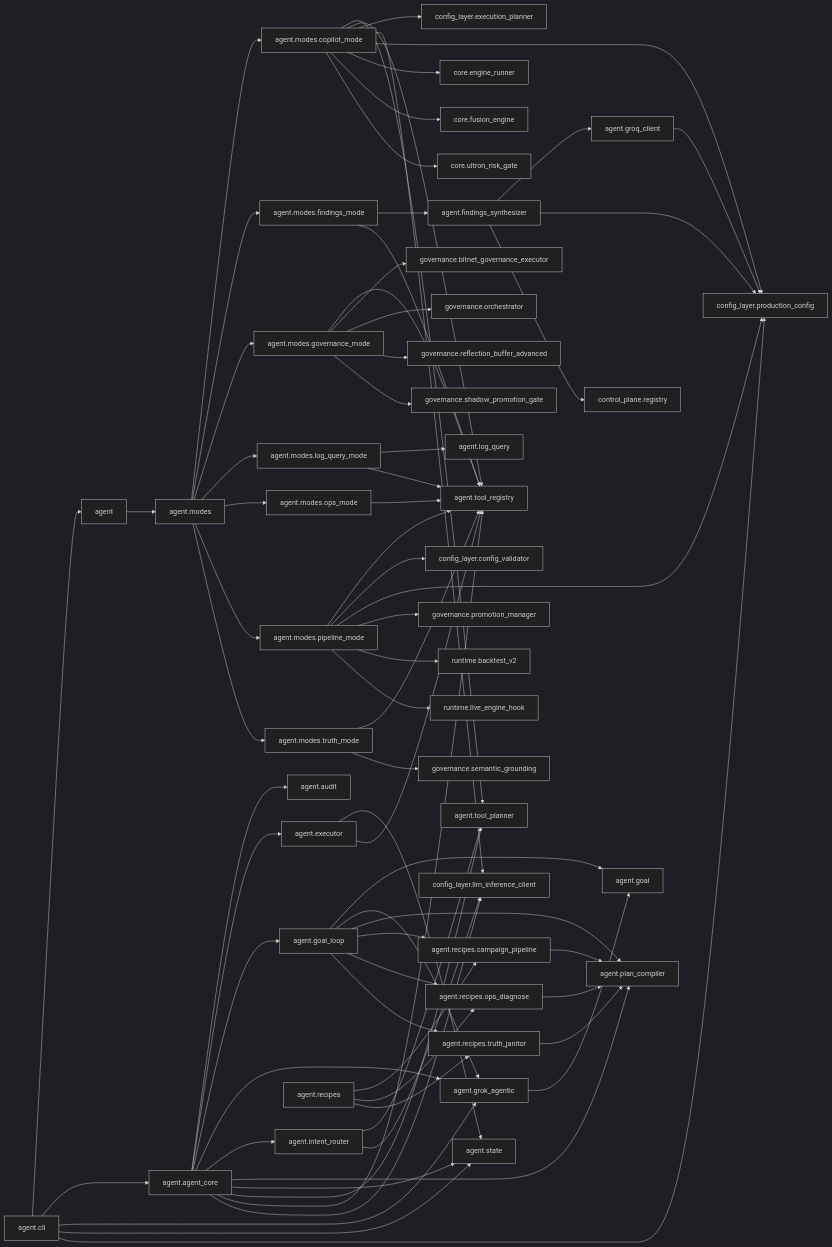
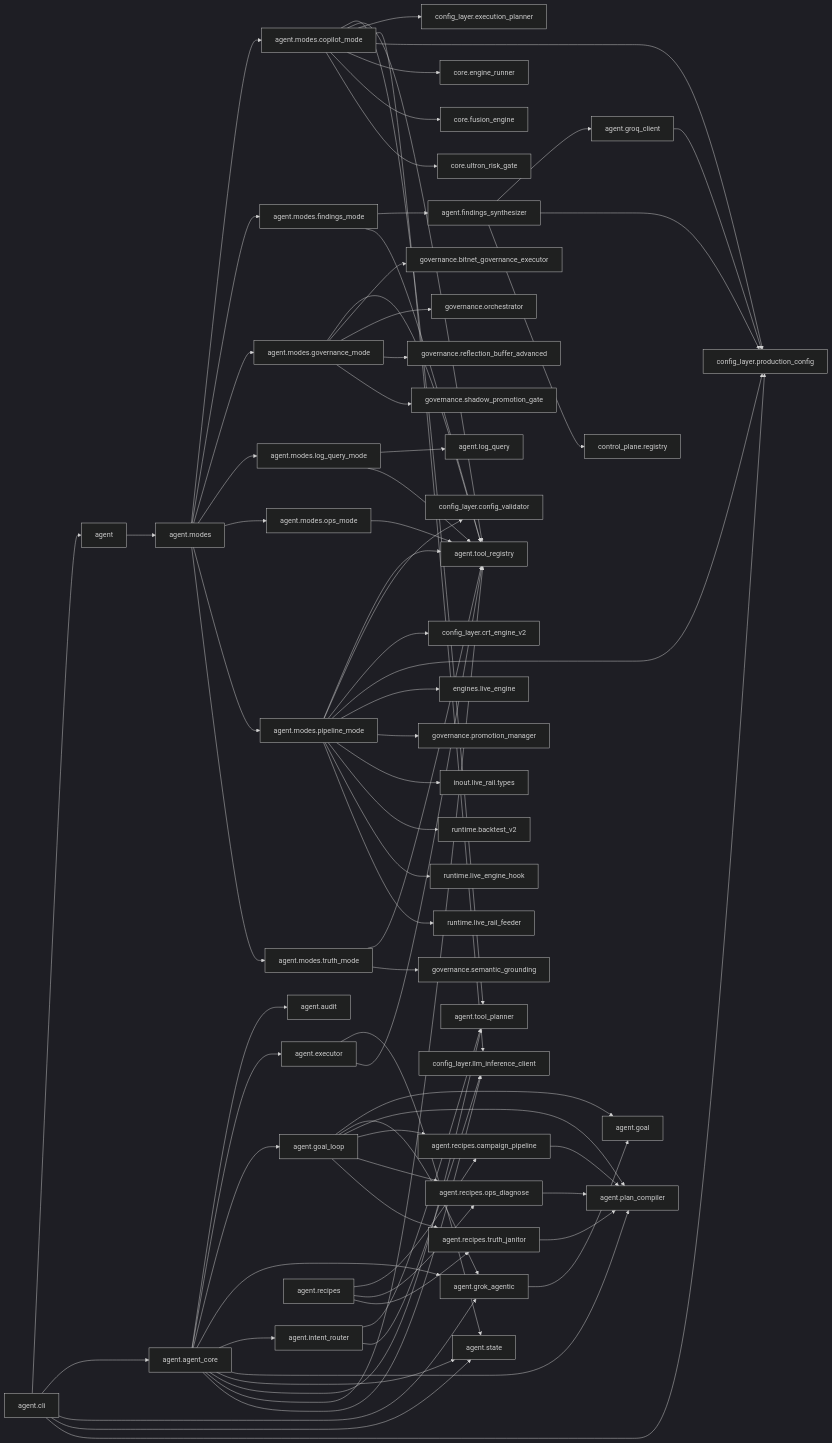
Before and after one commit to Chaithu1995-0312/TradeHlt: the second of 41 diagrams in docs/architecture/code-map.generated.md, drawn with Mermaid (dark theme). The commit also changed other lines of this file and 39 other files, not shown here.

First line of the commit message:
docs: F-064 full-corpus re-measurement, feature-schema walk, architecture map sync

```diff
--- a/docs/architecture/code-map.generated.md
+++ b/docs/architecture/code-map.generated.md
@@ -210,6 +235,7 @@
     agent_tool_planner["agent.tool_planner"]
     agent_tool_registry["agent.tool_registry"]
     config_layer_config_validator["config_layer.config_validator"]
+    config_layer_crt_engine_v2["config_layer.crt_engine_v2"]
     config_layer_execution_planner["config_layer.execution_planner"]
     config_layer_llm_inference_client["config_layer.llm_inference_client"]
     config_layer_production_config["config_layer.production_config"]
@@ -217,14 +243,17 @@
     core_engine_runner["core.engine_runner"]
     core_fusion_engine["core.fusion_engine"]
     core_ultron_risk_gate["core.ultron_risk_gate"]
+    engines_live_engine["engines.live_engine"]
     governance_bitnet_governance_executor["governance.bitnet_governance_executor"]
     governance_orchestrator["governance.orchestrator"]
     governance_promotion_manager["governance.promotion_manager"]
     governance_reflection_buffer_advanced["governance.reflection_buffer_advanced"]
     governance_semantic_grounding["governance.semantic_grounding"]
     governance_shadow_promotion_gate["governance.shadow_promotion_gate"]
+    inout_live_rail_types["inout.live_rail.types"]
     runtime_backtest_v2["runtime.backtest_v2"]
     runtime_live_engine_hook["runtime.live_engine_hook"]
+    runtime_live_rail_feeder["runtime.live_rail_feeder"]
     agent --> agent_modes
     agent_agent_core --> agent_audit
     agent_agent_core --> agent_executor
@@ -283,10 +312,14 @@
     agent_modes_ops_mode --> agent_tool_registry
     agent_modes_pipeline_mode --> agent_tool_registry
     agent_modes_pipeline_mode --> config_layer_config_validator
+    agent_modes_pipeline_mode --> config_layer_crt_engine_v2
     agent_modes_pipeline_mode --> config_layer_production_config
+    agent_modes_pipeline_mode --> engines_live_engine
     agent_modes_pipeline_mode --> governance_promotion_manager
+    agent_modes_pipeline_mode --> inout_live_rail_types
     agent_modes_pipeline_mode --> runtime_backtest_v2
     agent_modes_pipeline_mode --> runtime_live_engine_hook
+    agent_modes_pipeline_mode --> runtime_live_rail_feeder
     agent_modes_truth_mode --> agent_tool_registry
     agent_modes_truth_mode --> governance_semantic_grounding
     agent_recipes --> agent_recipes_campaign_pipeline
```
